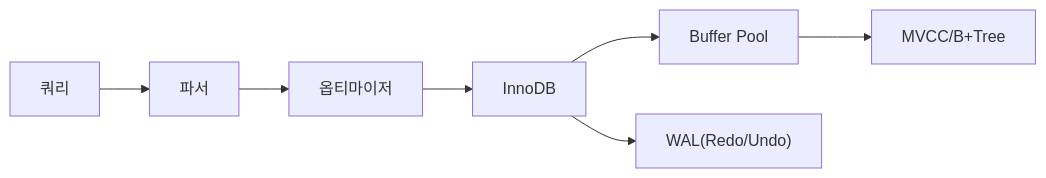
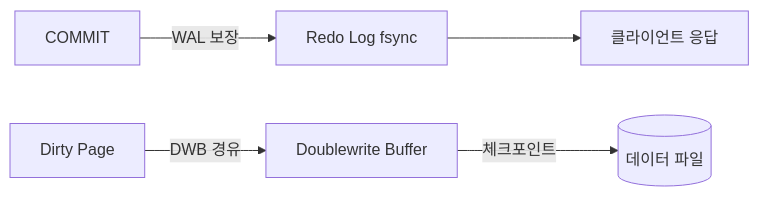
Before and after one commit to yjkim2015/yjkim2015.github.io: diagram 11 of 11 in _posts/db/2026-05-01-db-internals.md, drawn with Mermaid. The commit also changed other lines of this file and 4 other files, not shown here.

````diff
--- a/_posts/db/2026-05-01-db-internals.md
+++ b/_posts/db/2026-05-01-db-internals.md
@@ -666,9 +1453,7 @@
 ```mermaid
 graph LR
-    Q["쿼리"] --> P["파서"]
-    P --> O["옵티마이저"]
-    O --> I["InnoDB"]
-    I --> BP["Buffer Pool"]
-    I --> WAL["WAL(Redo/Undo)"]
-    BP --> MVCC["MVCC/B+Tree"]
+    COMMIT["COMMIT"] -->|WAL 보장| REDO_FLUSH["Redo Log fsync"]
+    REDO_FLUSH --> DONE["클라이언트 응답"]
+    DIRTY2["Dirty Page"] -->|DWB 경유| DWB["Doublewrite Buffer"]
+    DWB -->|체크포인트| DATA[(데이터 파일)]
 ```
````
